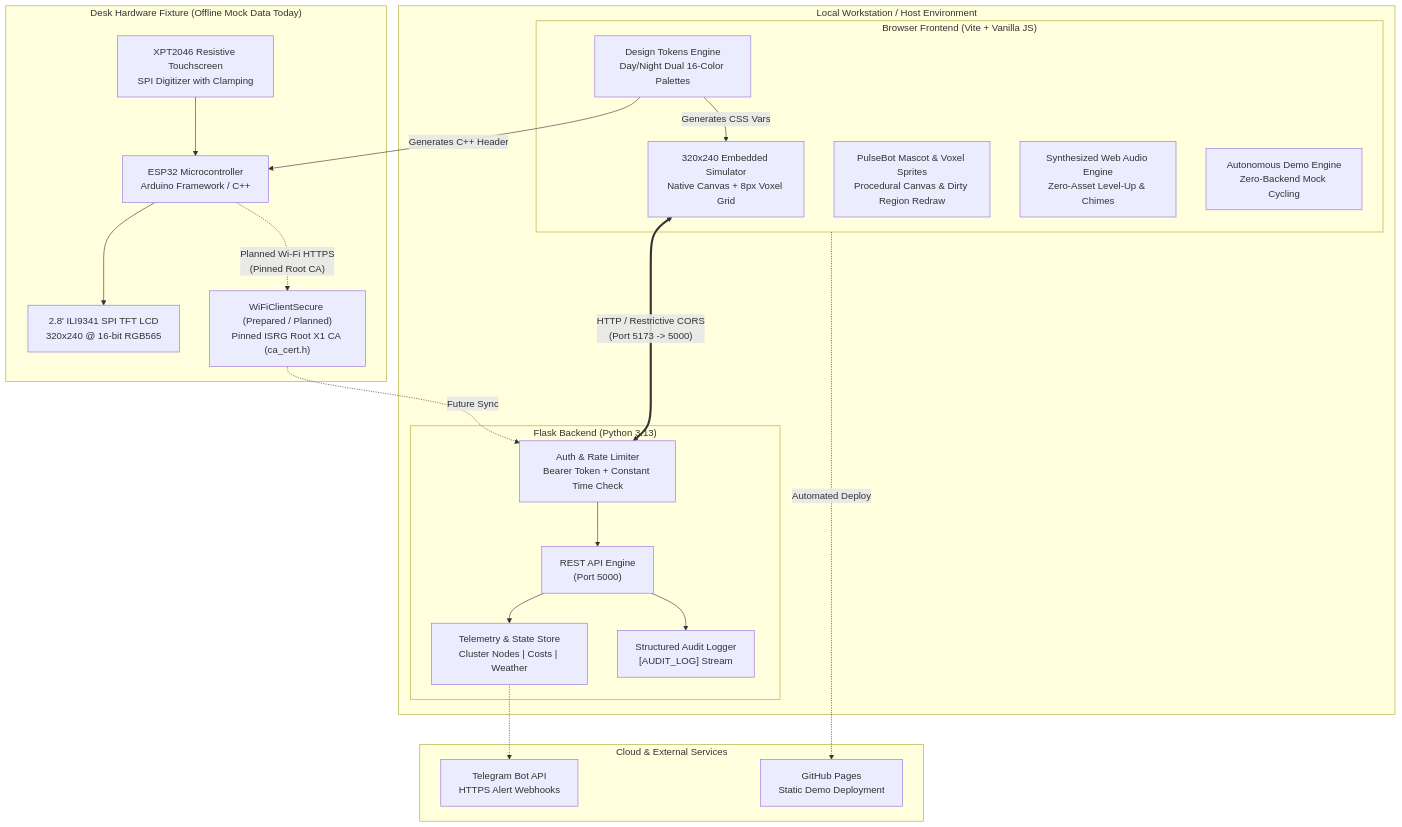
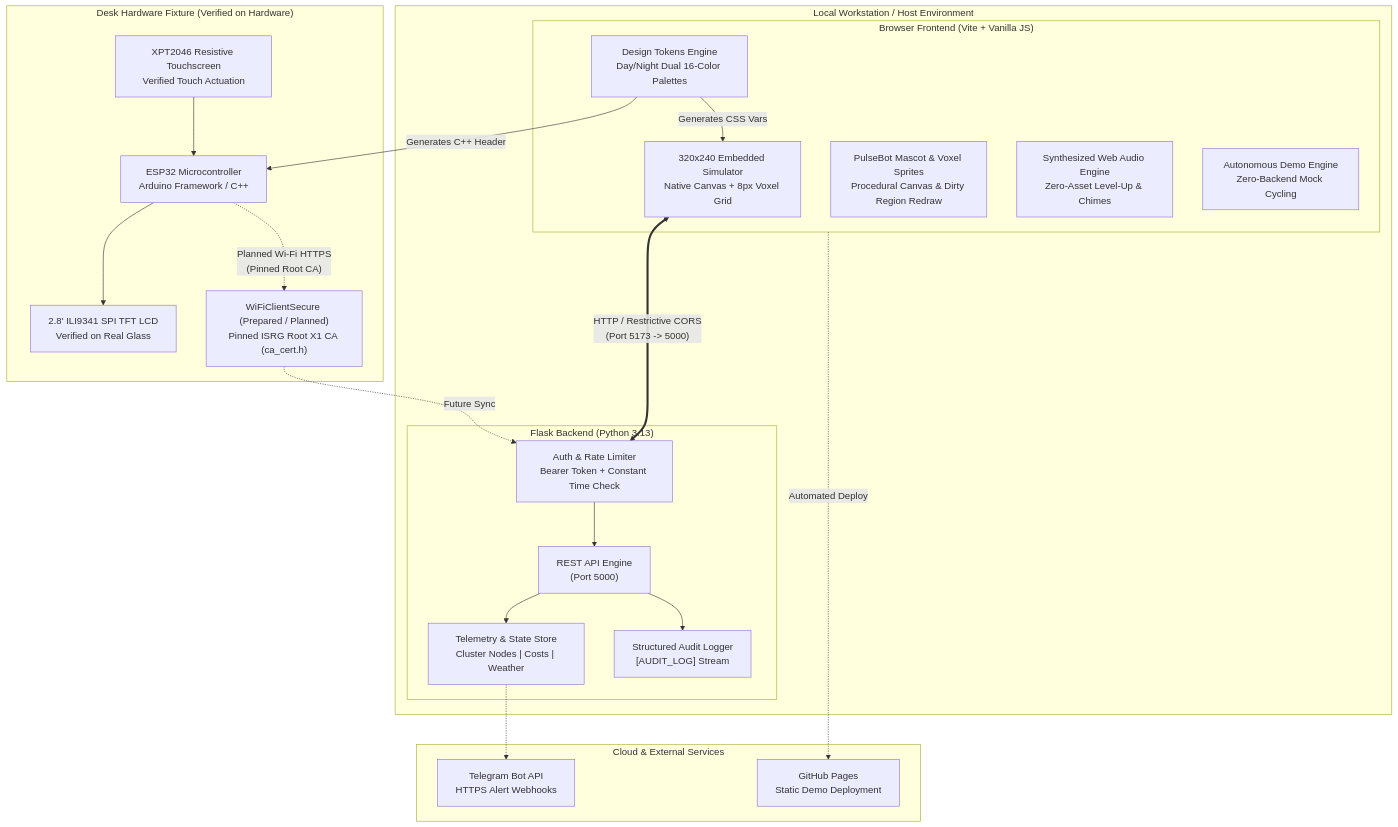
Before and after one commit to keerthana3484/pulsebox-cyber-desk: the diagram in README.md, drawn with Mermaid. The commit also changed other lines of this file and 4 other files, not shown here.

Commit message:
docs(hardware): document physical ESP32 and ILI9341 verification, build notes, and unified checklist

````diff
--- a/README.md
+++ b/README.md
@@ -84,47 +108,47 @@
 ```mermaid
 flowchart TD
     subgraph Local_Workstation ["Local Workstation / Host Environment"]
         subgraph Flask_Backend ["Flask Backend (Python 3.13)"]
             API_Engine["REST API Engine\n(Port 5000)"]
             Auth_Layer["Auth & Rate Limiter\nBearer Token + Constant Time Check"]
             Telemetry["Telemetry & State Store\nCluster Nodes | Costs | Weather"]
             Audit_Log["Structured Audit Logger\n[AUDIT_LOG] Stream"]
         end
 
         subgraph Web_Client ["Browser Frontend (Vite + Vanilla JS)"]
             Simulator["320x240 Embedded Simulator\nNative Canvas + 8px Voxel Grid"]
             Design_Tokens["Design Tokens Engine\nDay/Night Dual 16-Color Palettes"]
             Procedural_Art["PulseBot Mascot & Voxel Sprites\nProcedural Canvas & Dirty Region Redraw"]
             Audio_Engine["Synthesized Web Audio Engine\nZero-Asset Level-Up & Chimes"]
             Demo_Mode["Autonomous Demo Engine\nZero-Backend Mock Cycling"]
         end
     end
 
-    subgraph Physical_Hardware ["Desk Hardware Fixture (Offline Mock Data Today)"]
+    subgraph Physical_Hardware ["Desk Hardware Fixture (Verified on Hardware)"]
         ESP32["ESP32 Microcontroller\nArduino Framework / C++"]
-        TFT_Display["2.8' ILI9341 SPI TFT LCD\n320x240 @ 16-bit RGB565"]
-        Touchscreen["XPT2046 Resistive Touchscreen\nSPI Digitizer with Clamping"]
+        TFT_Display["2.8' ILI9341 SPI TFT LCD\nVerified on Real Glass"]
+        Touchscreen["XPT2046 Resistive Touchscreen\nVerified Touch Actuation"]
         Firmware_TLS["WiFiClientSecure (Prepared / Planned)\nPinned ISRG Root X1 CA (ca_cert.h)"]
     end
 
     subgraph External_Cloud ["Cloud & External Services"]
         Telegram_API["Telegram Bot API\nHTTPS Alert Webhooks"]
         GitHub_Pages["GitHub Pages\nStatic Demo Deployment"]
     end
 
     %% Connections
     Simulator <== "HTTP / Restrictive CORS\n(Port 5173 -> 5000)" ==> Auth_Layer
     Auth_Layer --> API_Engine
     API_Engine --> Telemetry
     API_Engine --> Audit_Log
     Telemetry -.-> Telegram_API
 
     ESP32 --> TFT_Display
     Touchscreen --> ESP32
     ESP32 -. "Planned Wi-Fi HTTPS\n(Pinned Root CA)" .-> Firmware_TLS
     Firmware_TLS -. "Future Sync" .-> Auth_Layer
 
     Design_Tokens -- "Generates CSS Vars" --> Simulator
     Design_Tokens -- "Generates C++ Header" --> ESP32
     Web_Client -. "Automated Deploy" .-> GitHub_Pages
 ```
````
